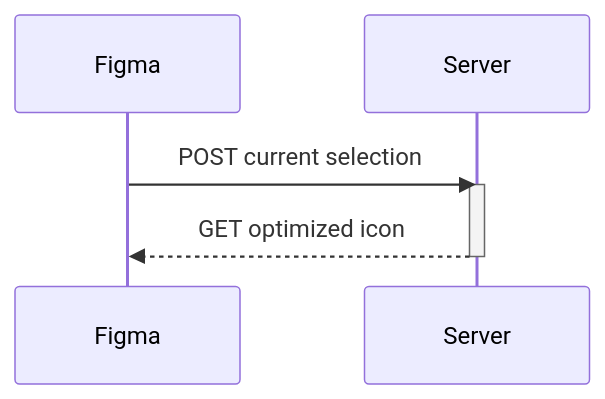
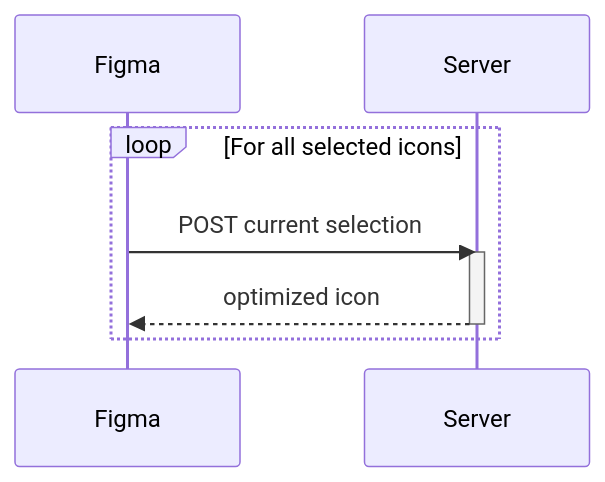
One commit to Talend/ux-tools changed the second of 2 diagrams in README.md. Above: the diagram before and after it, drawn with Mermaid. The commit also changed other lines of this file, not shown here.

````diff
--- a/README.md
+++ b/README.md
@@ -43,9 +45,11 @@
 ```mermaid
 sequenceDiagram
     participant F as Figma
     participant S as Server
-    F->>S: POST current selection
-    activate S
-    S-->>F: GET optimized icon
-    deactivate S
+    loop For all selected icons
+        F->>S: POST current selection
+        activate S
+        S-->>F: optimized icon
+        deactivate S
+    end
 ```
````
